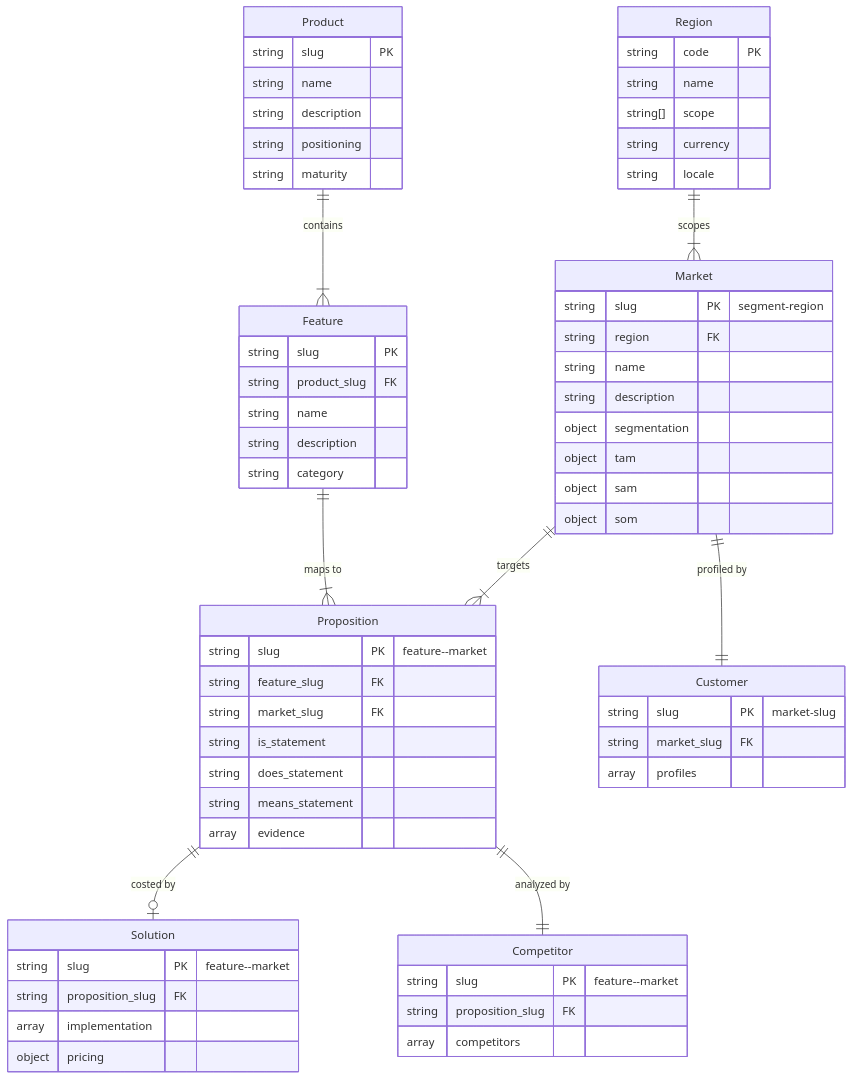
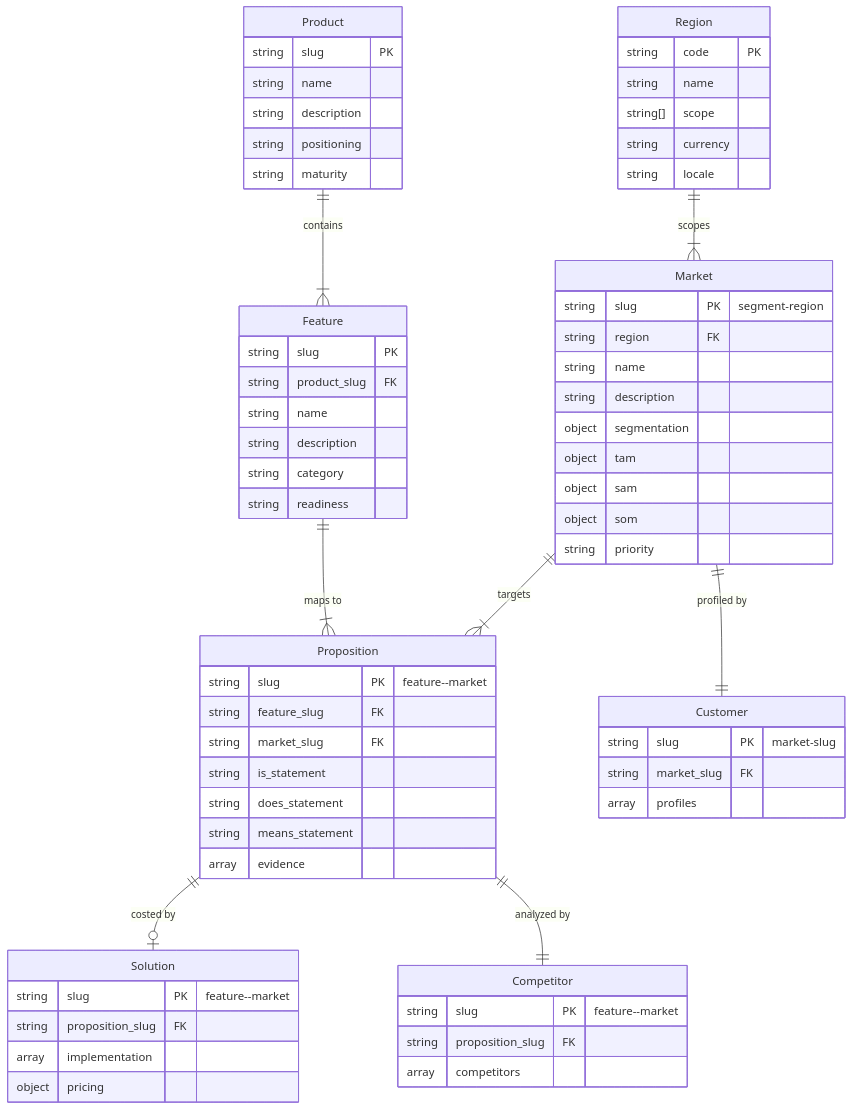
Before and after one commit to cogni-work/cogni-portfolio: the diagram in skills/setup/references/data-model.md, drawn with Mermaid. The commit also changed other lines of this file and 2 other files, not shown here.

First line of the commit message:
feat: add entity metadata foundation — readiness, priority, updated, category warnings (v0.4.0)

````diff
--- a/skills/setup/references/data-model.md
+++ b/skills/setup/references/data-model.md
@@ -282,67 +290,69 @@
 ```mermaid
 erDiagram
     Product ||--|{ Feature : contains
     Feature ||--|{ Proposition : "maps to"
     Market ||--|{ Proposition : "targets"
     Region ||--|{ Market : "scopes"
     Proposition ||--o| Solution : "costed by"
     Proposition ||--|| Competitor : "analyzed by"
     Market ||--|| Customer : "profiled by"
 
     Product {
         string slug PK
         string name
         string description
         string positioning
         string maturity
     }
     Feature {
         string slug PK
         string product_slug FK
         string name
         string description
         string category
+        string readiness
     }
     Region {
         string code PK
         string name
         string[] scope
         string currency
         string locale
     }
     Market {
         string slug PK "segment-region"
         string region FK
         string name
         string description
         object segmentation
         object tam
         object sam
         object som
+        string priority
     }
     Proposition {
         string slug PK "feature--market"
         string feature_slug FK
         string market_slug FK
         string is_statement
         string does_statement
         string means_statement
         array evidence
     }
     Solution {
         string slug PK "feature--market"
         string proposition_slug FK
         array implementation
         object pricing
     }
     Competitor {
         string slug PK "feature--market"
         string proposition_slug FK
         array competitors
     }
     Customer {
         string slug PK "market-slug"
         string market_slug FK
         array profiles
     }
 ```
````
